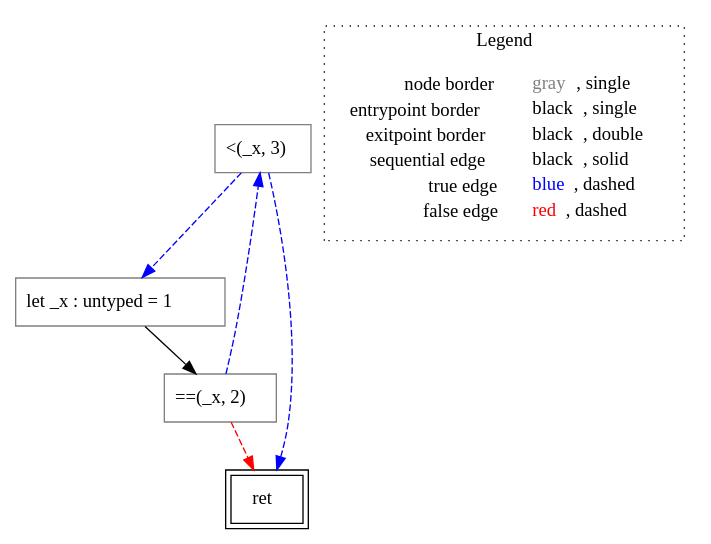
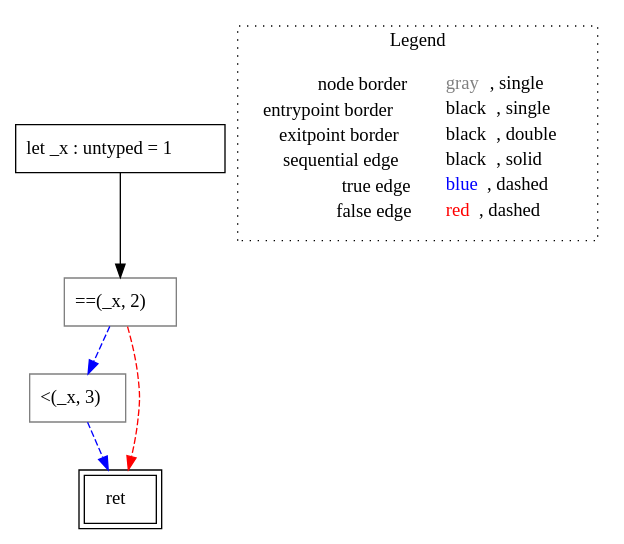
One commit to VincenzoArceri/rust-lisa changed the diagram in rust-lisa/rust-testcases/cfg/return-void/()_rust-testcases_cfg_return-void_return-void.rs.func7().dot. Above: the diagram before and after it, drawn with Graphviz. The commit also changed 7 other files, not shown here.

```diff
--- a/rust-lisa/rust-testcases/cfg/return-void/()_rust-testcases_cfg_return-void_return-void.rs.func7().dot
+++ b/rust-lisa/rust-testcases/cfg/return-void/()_rust-testcases_cfg_return-void_return-void.rs.func7().dot
@@ -1,18 +1,17 @@
 digraph {
-	"node0" [shape="rect",color="gray",label=<&lt;(_x, 3)>];
-	"node1" [shape="rect",color="gray",label=<let _x : untyped = 1>];
+	"node0" [shape="rect",color="black",label=<let _x : untyped = 1>];
+	"node1" [shape="rect",color="gray",label=<&lt;(_x, 3)>];
 	"node2" [shape="rect",color="black",peripheries="2",label=<ret>];
 	"node3" [shape="rect",color="gray",label=<==(_x, 2)>];
-	"node0" -> "node1" [color="blue",style="dashed"];
-	"node0" -> "node2" [color="blue",style="dashed"];
-	"node1" -> "node3" [color="black"];
-	"node3" -> "node0" [color="blue",style="dashed"];
+	"node1" -> "node2" [color="blue",style="dashed"];
+	"node0" -> "node3" [color="black"];
+	"node3" -> "node1" [color="blue",style="dashed"];
 	"node3" -> "node2" [color="red",style="dashed"];
 subgraph cluster_legend {
 	label="Legend";
 	style=dotted;
 	node [shape=plaintext];
 	"legend" [label=<<table border="0" cellpadding="2" cellspacing="0" cellborder="0"><tr><td align="right">node border&nbsp;</td><td align="left"><font color="gray">gray</font>, single</td></tr><tr><td align="right">entrypoint border&nbsp;</td><td align="left"><font color="black">black</font>, single</td></tr><tr><td align="right">exitpoint border&nbsp;</td><td align="left"><font color="black">black</font>, double</td></tr><tr><td align="right">sequential edge&nbsp;</td><td align="left"><font color="black">black</font>, solid</td></tr><tr><td align="right">true edge&nbsp;</td><td align="left"><font color="blue">blue</font>, dashed</td></tr><tr><td align="right">false edge&nbsp;</td><td align="left"><font color="red">red</font>, dashed</td></tr></table>>];
 }
 
 }
```
